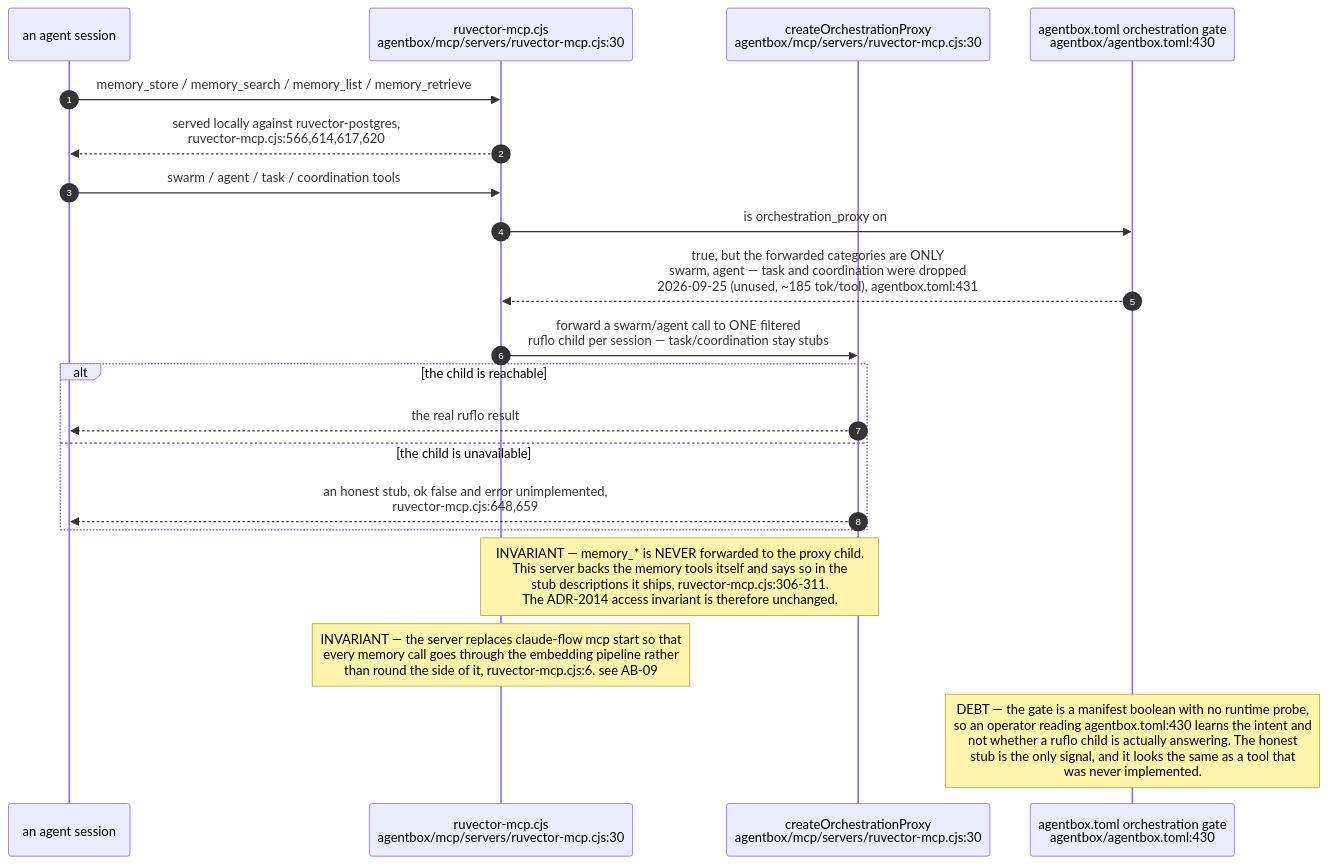
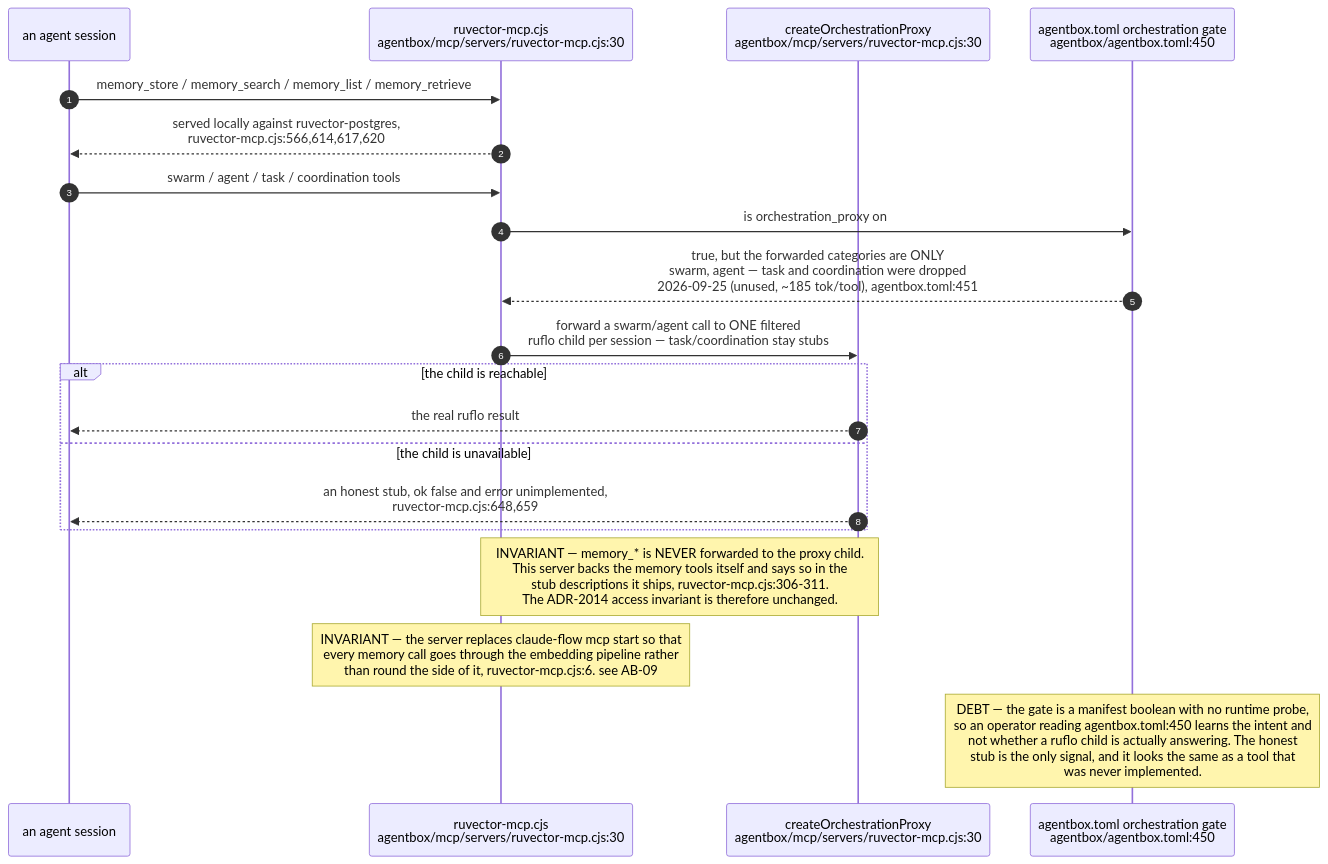
The sixth of 6 diagrams in docs/diagrams/estate/07-memory-and-embedding-estate.md (DreamLab-AI/VisionFlow), drawn with Mermaid before and after one commit. The commit also changed other lines of this file and 111 other files, not shown here.

Commit message:
docs(diagrams): align estate maps with current source

````diff
--- a/docs/diagrams/estate/07-memory-and-embedding-estate.md
+++ b/docs/diagrams/estate/07-memory-and-embedding-estate.md
@@ -188,25 +188,25 @@
 ```mermaid
 sequenceDiagram
     autonumber
     participant AG as an agent session
     participant RV as ruvector-mcp.cjs<br/>agentbox/mcp/servers/ruvector-mcp.cjs:30
     participant PROXY as createOrchestrationProxy<br/>agentbox/mcp/servers/ruvector-mcp.cjs:30
-    participant MAN as agentbox.toml orchestration gate<br/>agentbox/agentbox.toml:430
+    participant MAN as agentbox.toml orchestration gate<br/>agentbox/agentbox.toml:450
 
     AG->>RV: memory_store / memory_search / memory_list / memory_retrieve
     RV-->>AG: served locally against ruvector-postgres,<br/>ruvector-mcp.cjs:566,614,617,620
 
     AG->>RV: swarm / agent / task / coordination tools
     RV->>MAN: is orchestration_proxy on
-    MAN-->>RV: true, but the forwarded categories are ONLY<br/>swarm, agent — task and coordination were dropped<br/>2026-09-25 (unused, ~185 tok/tool), agentbox.toml:431
+    MAN-->>RV: true, but the forwarded categories are ONLY<br/>swarm, agent — task and coordination were dropped<br/>2026-09-25 (unused, ~185 tok/tool), agentbox.toml:451
     RV->>PROXY: forward a swarm/agent call to ONE filtered<br/>ruflo child per session — task/coordination stay stubs
     alt the child is reachable
         PROXY-->>AG: the real ruflo result
     else the child is unavailable
         PROXY-->>AG: an honest stub, ok false and error unimplemented,<br/>ruvector-mcp.cjs:648,659
     end
 
     Note over RV,PROXY: INVARIANT — memory_* is NEVER forwarded to the proxy child.<br/>This server backs the memory tools itself and says so in the<br/>stub descriptions it ships, ruvector-mcp.cjs:306-311.<br/>The ADR-2014 access invariant is therefore unchanged.
     Note over RV: INVARIANT — the server replaces claude-flow mcp start so that<br/>every memory call goes through the embedding pipeline rather<br/>than round the side of it, ruvector-mcp.cjs:6. see AB-09
-    Note over MAN: DEBT — the gate is a manifest boolean with no runtime probe,<br/>so an operator reading agentbox.toml:430 learns the intent and<br/>not whether a ruflo child is actually answering. The honest<br/>stub is the only signal, and it looks the same as a tool that<br/>was never implemented.
+    Note over MAN: DEBT — the gate is a manifest boolean with no runtime probe,<br/>so an operator reading agentbox.toml:450 learns the intent and<br/>not whether a ruflo child is actually answering. The honest<br/>stub is the only signal, and it looks the same as a tool that<br/>was never implemented.
 ```
````
